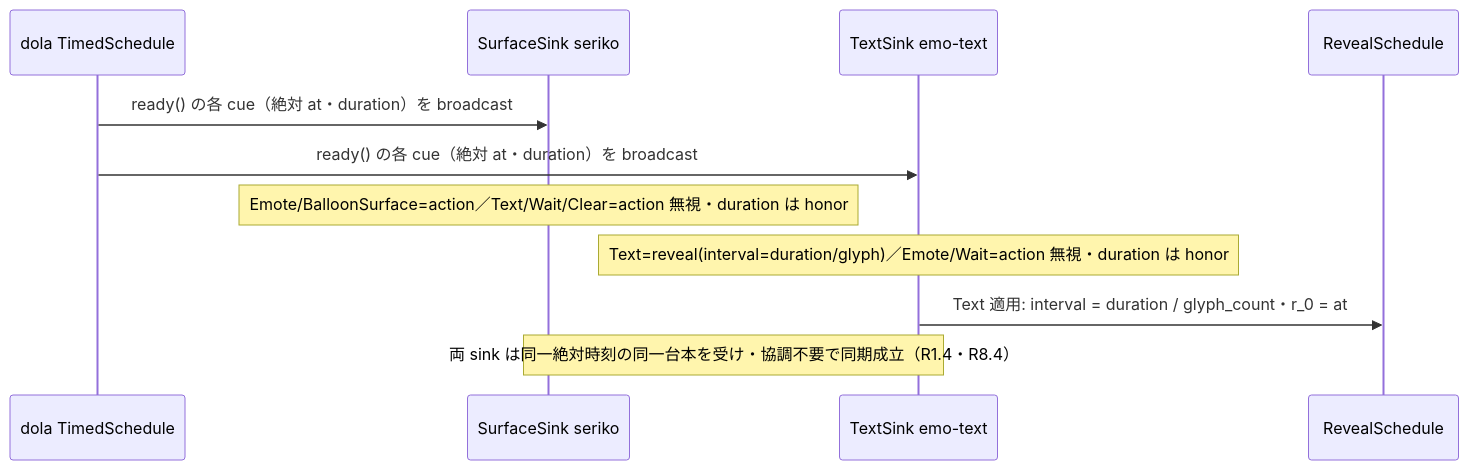
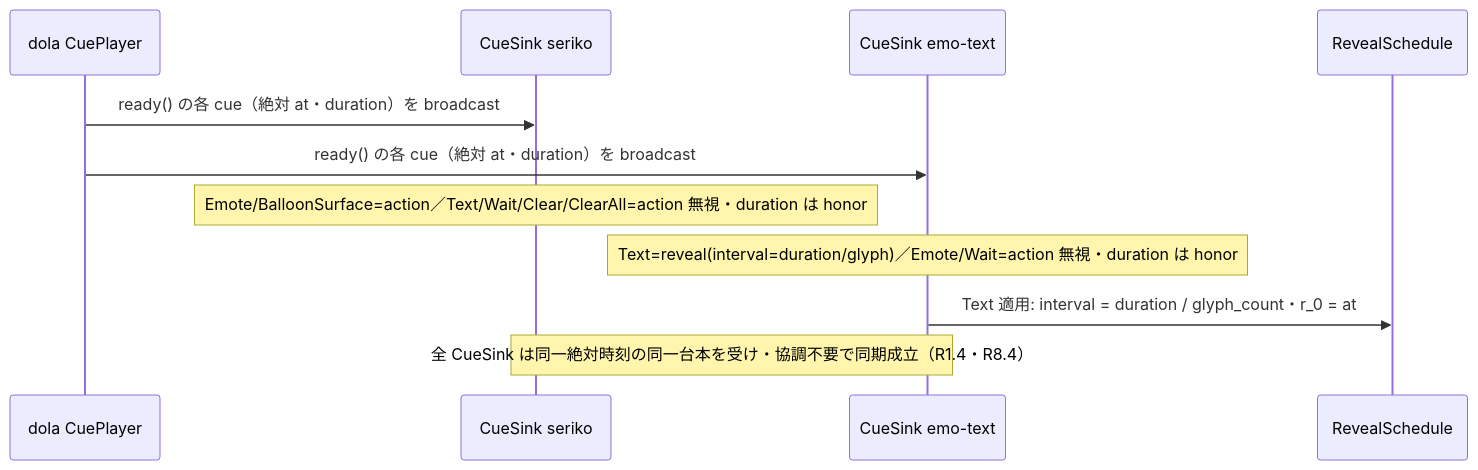
The third of 3 diagrams in .kiro/specs/areka-P0-cue-playback-duration/design.md (ekicyou/areka), drawn with Mermaid before and after one commit. The commit also changed other lines of this file, not shown here.

First line of the commit message:
docs(areka-P0-cue-playback-duration): reconcile design sections with Topic 3 consolidation (整合性掃き)

````diff
--- a/.kiro/specs/areka-P0-cue-playback-duration/design.md
+++ b/.kiro/specs/areka-P0-cue-playback-duration/design.md
@@ -205,13 +205,13 @@
 ```mermaid
 sequenceDiagram
-    participant Sch as dola TimedSchedule
-    participant Surf as SurfaceSink seriko
-    participant Text as TextSink emo-text
+    participant Sch as dola CuePlayer
+    participant Surf as CueSink seriko
+    participant Text as CueSink emo-text
     participant Rev as RevealSchedule
     Sch->>Surf: ready() の各 cue（絶対 at・duration）を broadcast
     Sch->>Text: ready() の各 cue（絶対 at・duration）を broadcast
-    Note over Surf: Emote/BalloonSurface=action／Text/Wait/Clear=action 無視・duration は honor
+    Note over Surf: Emote/BalloonSurface=action／Text/Wait/Clear/ClearAll=action 無視・duration は honor
     Note over Text: Text=reveal(interval=duration/glyph)／Emote/Wait=action 無視・duration は honor
     Text->>Rev: Text 適用: interval = duration / glyph_count・r_0 = at
-    Note over Surf,Text: 両 sink は同一絶対時刻の同一台本を受け・協調不要で同期成立（R1.4・R8.4）
+    Note over Surf,Text: 全 CueSink は同一絶対時刻の同一台本を受け・協調不要で同期成立（R1.4・R8.4）
 ```
````
